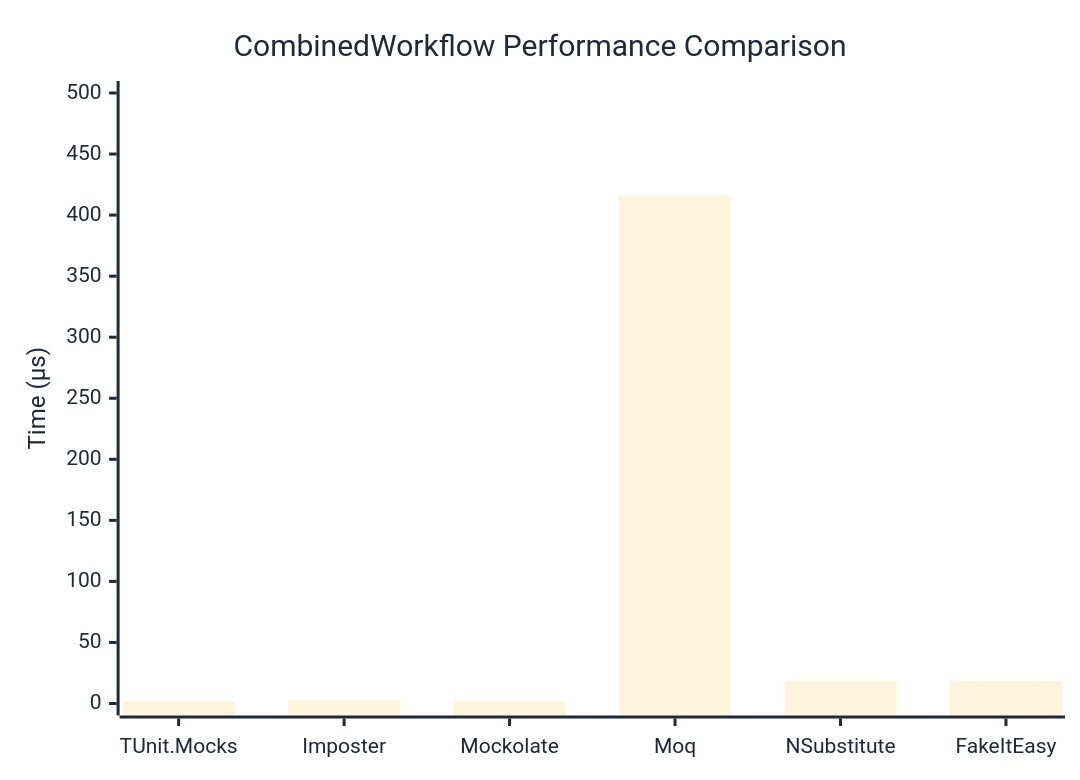
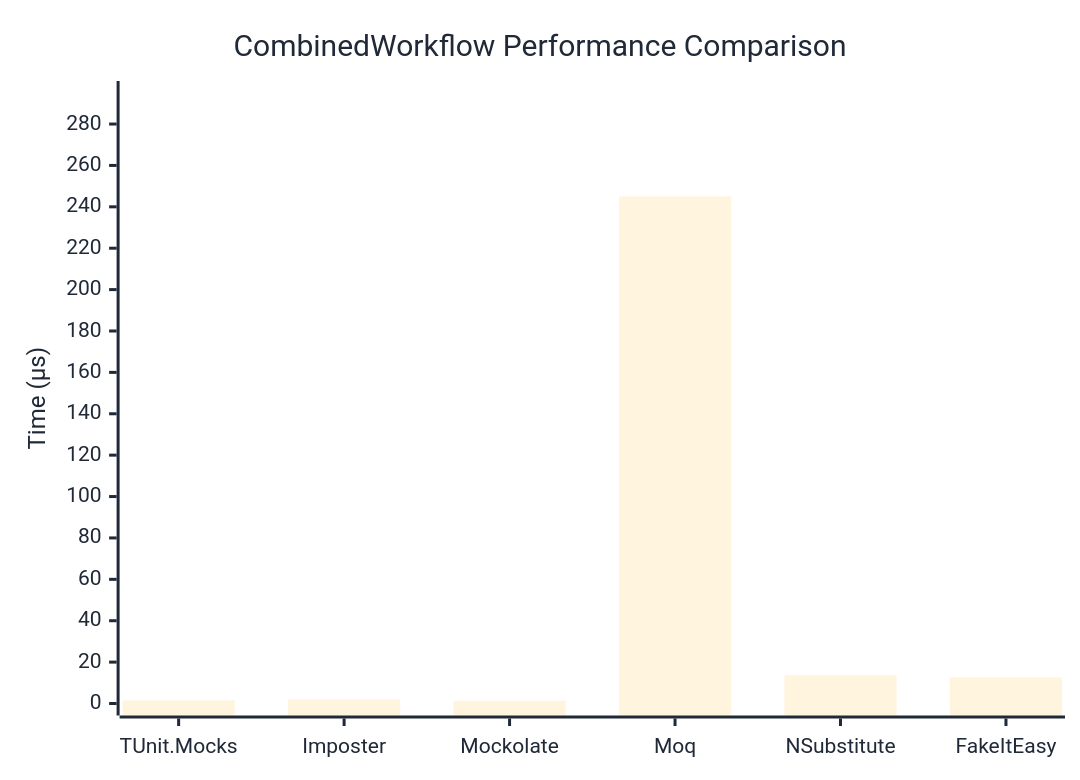
Before and after one commit to thomhurst/TUnit: the diagram in docs/docs/benchmarks/mocks/CombinedWorkflow.md, drawn with Mermaid. The commit also changed other lines of this file and 14 other files, not shown here.

````diff
--- a/docs/docs/benchmarks/mocks/CombinedWorkflow.md
+++ b/docs/docs/benchmarks/mocks/CombinedWorkflow.md
@@ -30,27 +30,27 @@
 ```mermaid
 %%{init: {
   'theme':'base',
   'themeVariables': {
     'primaryColor': '#2563eb',
     'primaryTextColor': '#1f2937',
     'primaryBorderColor': '#1e40af',
     'lineColor': '#6b7280',
     'secondaryColor': '#7c3aed',
     'tertiaryColor': '#dc2626',
     'background': '#ffffff',
     'pie1': '#2563eb',
     'pie2': '#7c3aed',
     'pie3': '#dc2626',
     'pie4': '#f59e0b',
     'pie5': '#10b981',
     'pie6': '#06b6d4',
     'pie7': '#ec4899',
     'pie8': '#6366f1'
   }
 }}%%
 xychart-beta
   title "CombinedWorkflow Performance Comparison"
   x-axis ["TUnit.Mocks", "Imposter", "Mockolate", "Moq", "NSubstitute", "FakeItEasy"]
-  y-axis "Time (μs)" 0 --> 500
-  bar [1.861, 2.82, 1.651, 416.108, 18.775, 18.351]
+  y-axis "Time (μs)" 0 --> 295
+  bar [1.47, 2.018, 1.346, 245.014, 13.637, 12.532]
 ```
````
